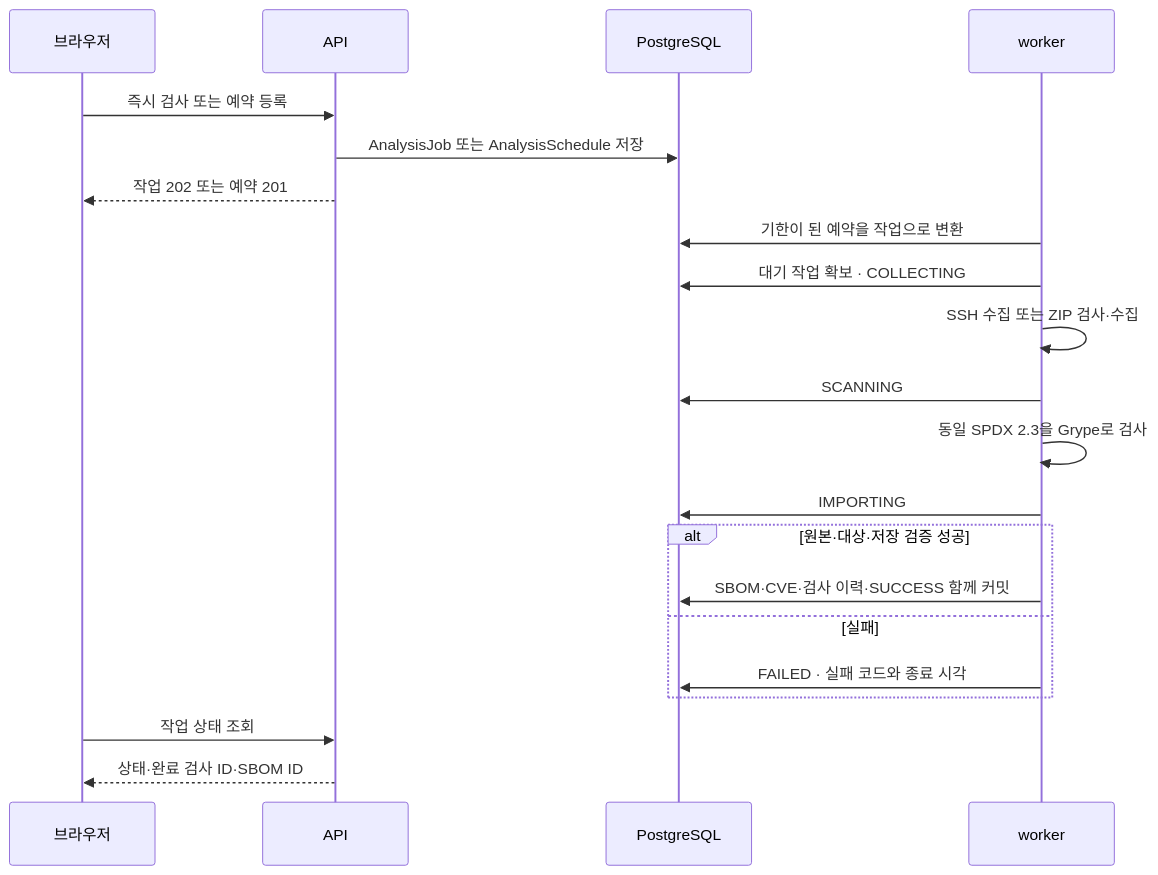
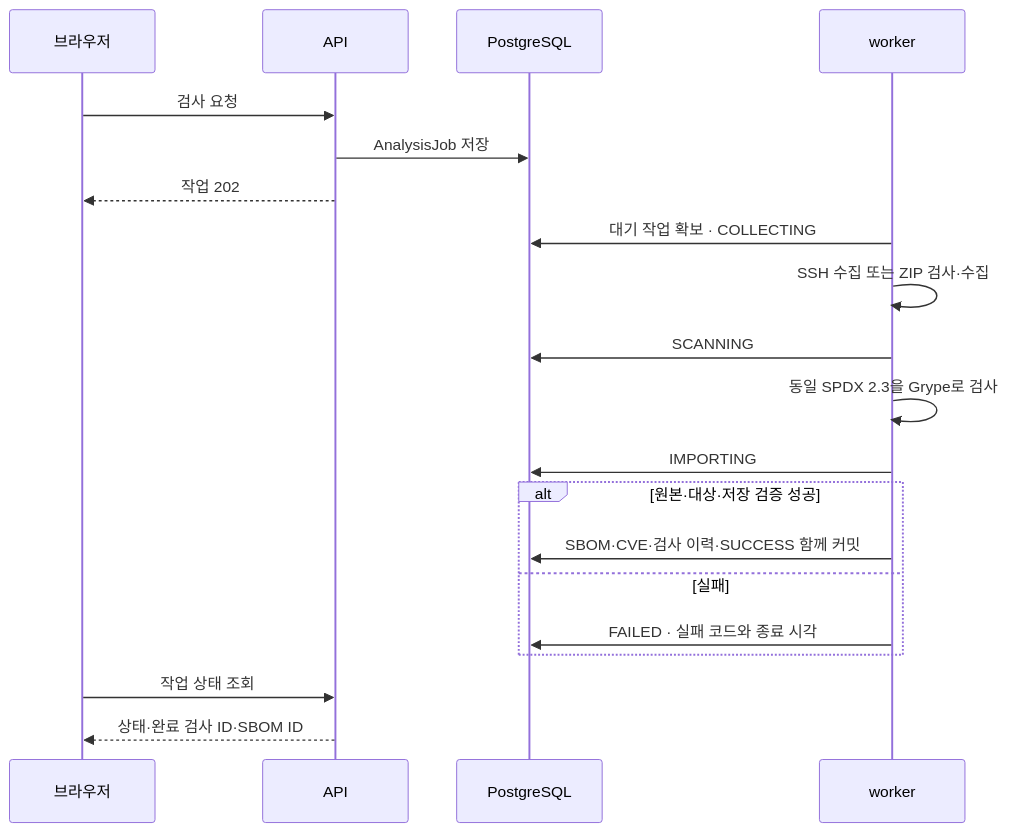
The second of 2 diagrams in docs/ARCHITECTURE.md (adieud99/eolwatch), drawn with Mermaid before and after one commit. The commit also changed other lines of this file and 61 other files, not shown here.

````diff
--- a/docs/ARCHITECTURE.md
+++ b/docs/ARCHITECTURE.md
@@ -75,23 +70,22 @@
 ```mermaid
 sequenceDiagram
     participant U as 브라우저
     participant A as API
     participant D as PostgreSQL
     participant W as worker
-    U->>A: 즉시 검사 또는 예약 등록
-    A->>D: AnalysisJob 또는 AnalysisSchedule 저장
-    A-->>U: 작업 202 또는 예약 201
-    W->>D: 기한이 된 예약을 작업으로 변환
+    U->>A: 검사 요청
+    A->>D: AnalysisJob 저장
+    A-->>U: 작업 202
     W->>D: 대기 작업 확보 · COLLECTING
     W->>W: SSH 수집 또는 ZIP 검사·수집
     W->>D: SCANNING
     W->>W: 동일 SPDX 2.3을 Grype로 검사
     W->>D: IMPORTING
     alt 원본·대상·저장 검증 성공
         W->>D: SBOM·CVE·검사 이력·SUCCESS 함께 커밋
     else 실패
         W->>D: FAILED · 실패 코드와 종료 시각
     end
     U->>A: 작업 상태 조회
     A-->>U: 상태·완료 검사 ID·SBOM ID
 ```
````
